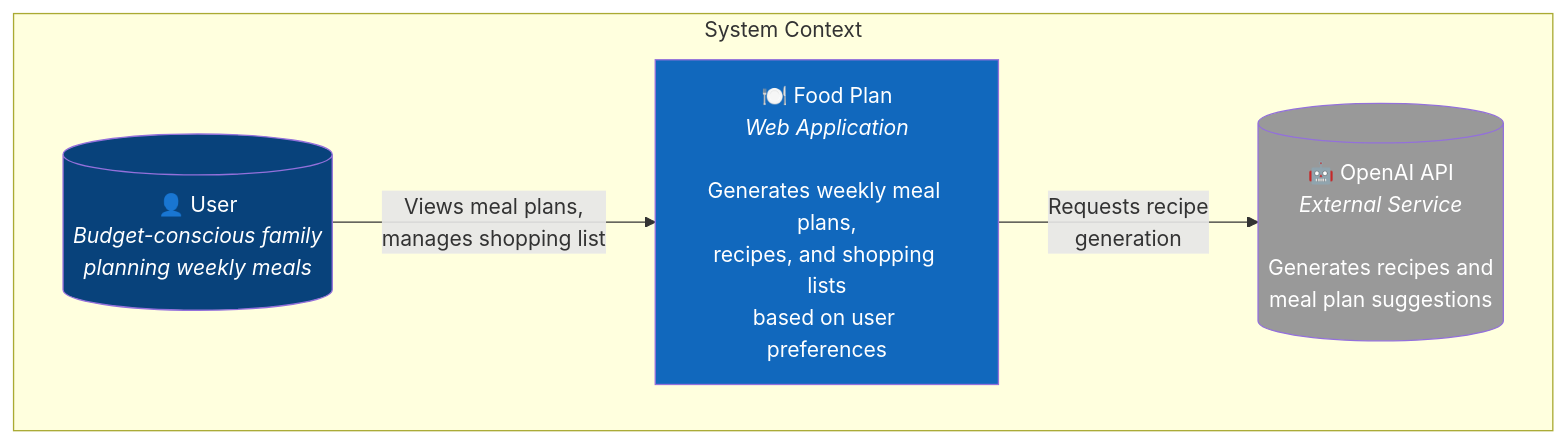
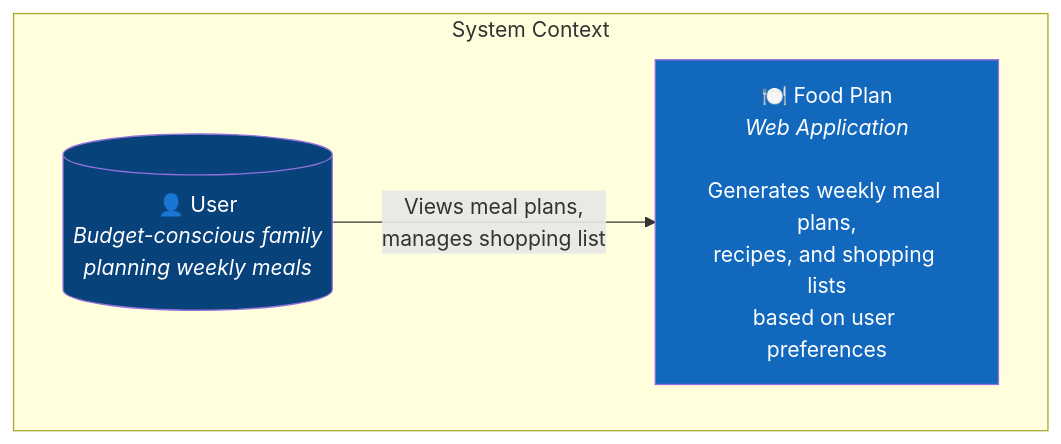
The first of 5 diagrams in docs/architecture.md (dp-lewis/food-plan), drawn with Mermaid before and after one commit. The commit also changed other lines of this file and 5 other files, not shown here.

````diff
--- a/docs/architecture.md
+++ b/docs/architecture.md
@@ -17,17 +17,13 @@
 ```mermaid
 flowchart TB
     subgraph boundary [System Context]
         user[("👤 User<br/><i>Budget-conscious family<br/>planning weekly meals</i>")]
 
         system["🍽️ Food Plan<br/><i>Web Application</i><br/><br/>Generates weekly meal plans,<br/>recipes, and shopping lists<br/>based on user preferences"]
-
-        openai[("🤖 OpenAI API<br/><i>External Service</i><br/><br/>Generates recipes and<br/>meal plan suggestions")]
     end
 
     user -->|"Views meal plans,<br/>manages shopping list"| system
-    system -->|"Requests recipe<br/>generation"| openai
 
     style user fill:#08427b,color:#fff
     style system fill:#1168bd,color:#fff
-    style openai fill:#999,color:#fff
 ```
````
